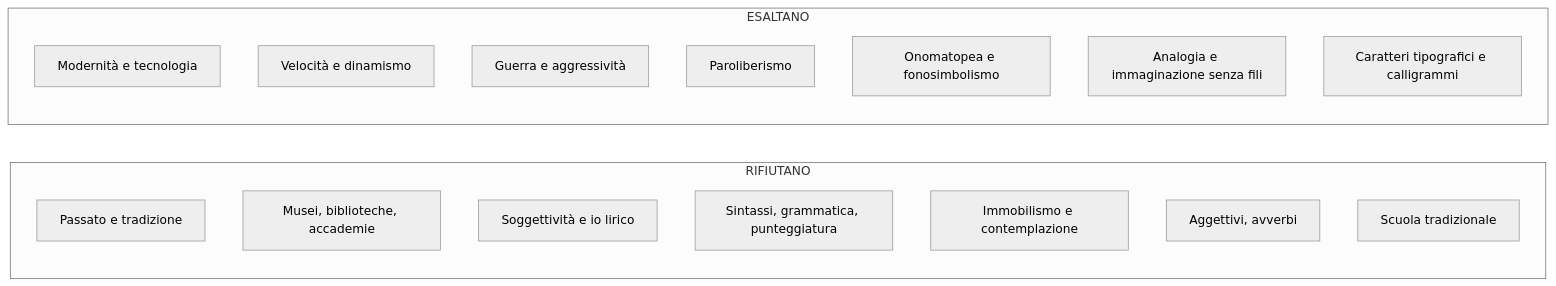
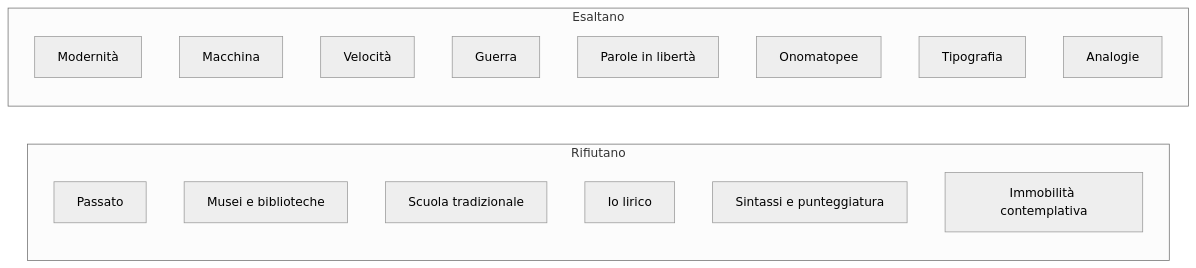
Before and after one commit to riccardo-algorime/appunti-5Bsa: the third of 3 diagrams in italiano/futurismo/riassunto.md, drawn with Mermaid (neutral theme). The commit also changed other lines of this file and 6 other files, not shown here.

````diff
--- a/italiano/futurismo/riassunto.md
+++ b/italiano/futurismo/riassunto.md
@@ -166,22 +243,22 @@
 ```mermaid
 flowchart LR
-    subgraph RIFIUTANO
-        A[Passato e tradizione]
-        B[Musei, biblioteche, accademie]
-        C[Soggettività e io lirico]
-        D[Sintassi, grammatica, punteggiatura]
-        E[Immobilismo e contemplazione]
-        F[Aggettivi, avverbi]
-        G[Scuola tradizionale]
+    subgraph Rifiutano
+      A[Passato]
+      B[Musei e biblioteche]
+      C[Scuola tradizionale]
+      D[Io lirico]
+      E[Sintassi e punteggiatura]
+      F[Immobilità contemplativa]
     end
-    
-    subgraph ESALTANO
-        H[Modernità e tecnologia]
-        I[Velocità e dinamismo]
-        J[Guerra e aggressività]
-        K[Paroliberismo]
-        L[Onomatopea e fonosimbolismo]
-        M[Analogia e immaginazione senza fili]
-        N[Caratteri tipografici e calligrammi]
+
+    subgraph Esaltano
+      G[Modernità]
+      H[Macchina]
+      I[Velocità]
+      J[Guerra]
+      K[Parole in libertà]
+      L[Onomatopee]
+      M[Tipografia]
+      N[Analogie]
     end
 ```
````
